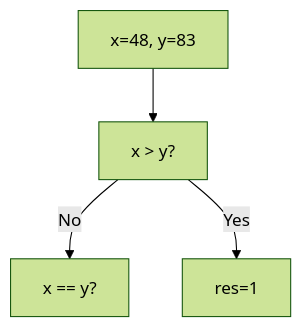
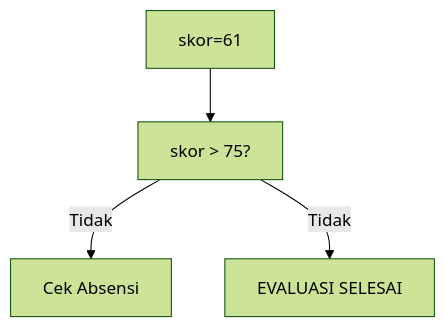
One commit to amnahwaida/OSNK_INF_PREP changed the third of 25 diagrams in part-c-pemahaman-cpp/02-percabangan/latihan/set-05.md. Above: the diagram before and after it, drawn with Mermaid (forest theme). The commit also changed other lines of this file and 71 other files, not shown here.

````diff
--- a/part-c-pemahaman-cpp/02-percabangan/latihan/set-05.md
+++ b/part-c-pemahaman-cpp/02-percabangan/latihan/set-05.md
@@ -79,6 +81,6 @@
 ```mermaid
 graph TD
-A["x=48, y=83"] --> B["x > y?"]
-B -- No --> C["x == y?"]
-B -- Yes --> D[res=1]
+A["skor=61"] --> B["skor > 75?"]
+B -- Tidak --> C["Cek Absensi"]
+B -- Tidak --> D["EVALUASI SELESAI"]
 ```
````
